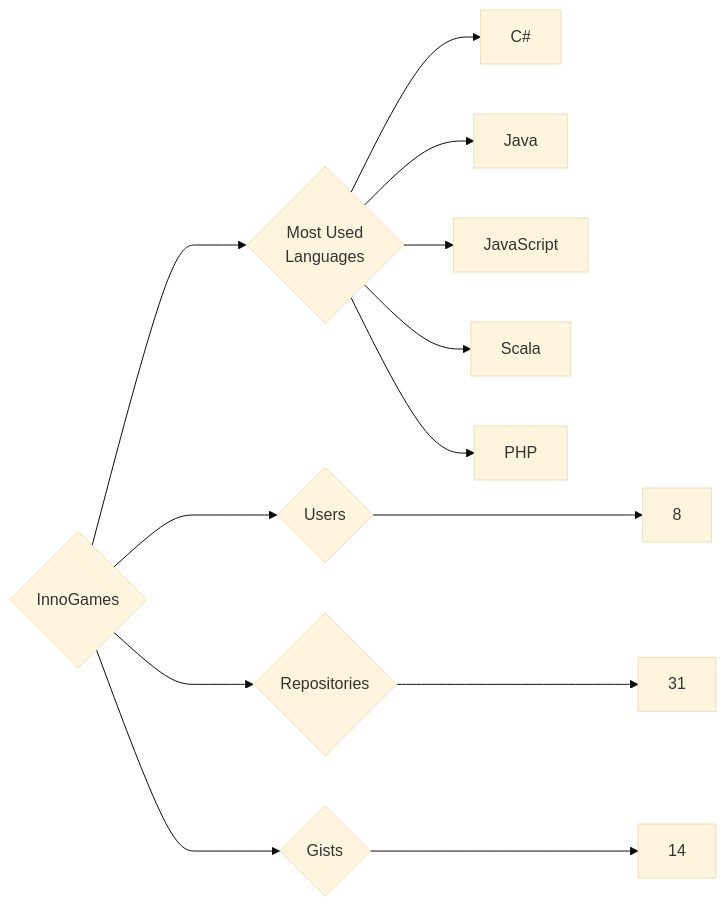
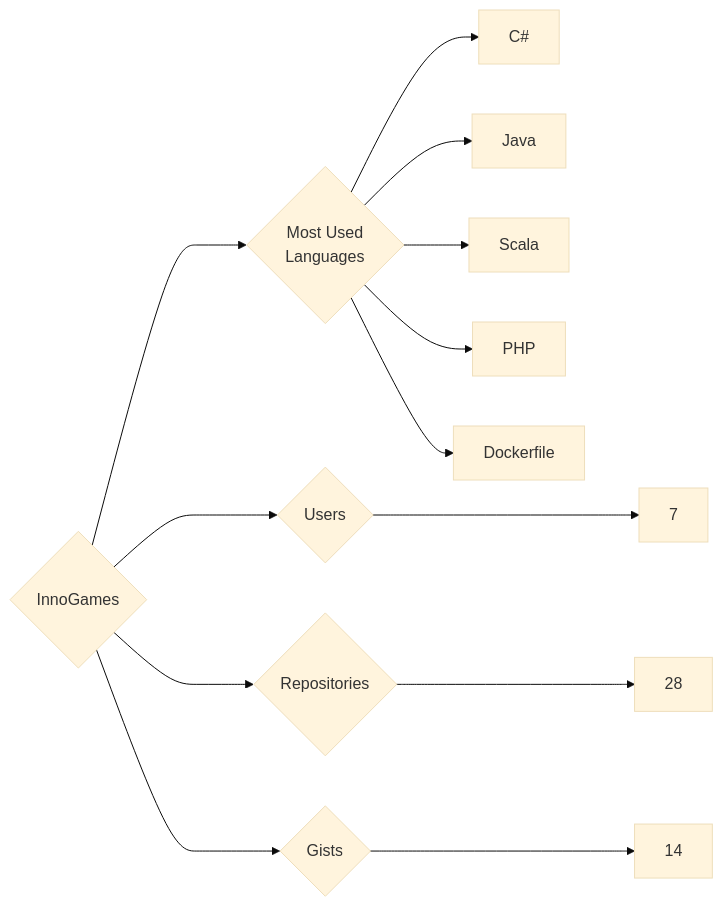
One commit to trickest/insiders changed the diagram in targets/InnoGames/README.md. Above: the diagram before and after it, drawn with Mermaid (base theme). The commit also changed 1120 other files, not shown here.

````diff
--- a/targets/InnoGames/README.md
+++ b/targets/InnoGames/README.md
@@ -3,13 +3,13 @@
 ```mermaid
 graph LR
 COMPANY_NAME{InnoGames}
-COMPANY_NAME ---> U{Users} ---> UN[8]
-COMPANY_NAME ---> R{Repositories} ---> RN[31]
+COMPANY_NAME ---> U{Users} ---> UN[7]
+COMPANY_NAME ---> R{Repositories} ---> RN[28]
 COMPANY_NAME ---> G{Gists} ---> GN[14]
 COMPANY_NAME ---> ML{Most Used<br>Languages}
 ML --> C#[C#]
 ML --> Java[Java]
-ML --> JavaScript[JavaScript]
 ML --> Scala[Scala]
 ML --> PHP[PHP]
+ML --> Dockerfile[Dockerfile]
 ```
````
